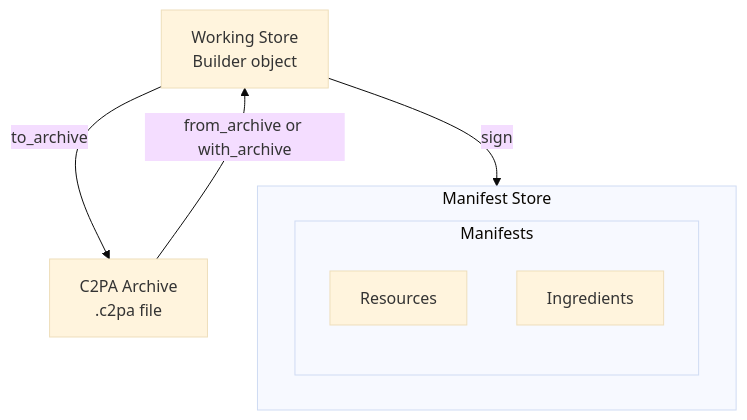
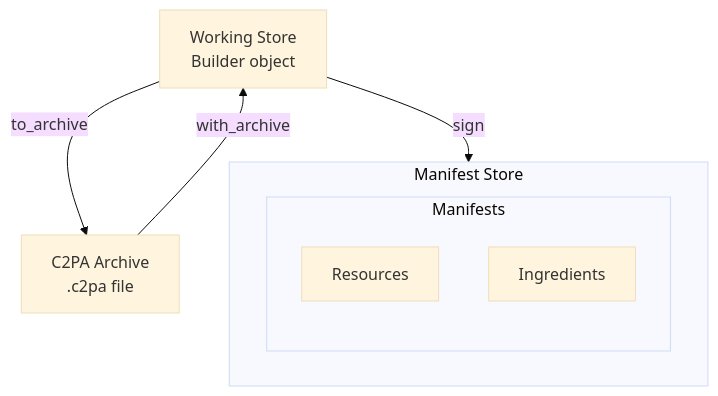
The first of 2 diagrams in docs/working-stores.md (contentauth/c2pa-python), drawn with Mermaid (base theme) before and after one commit. The commit also changed other lines of this file and 2 other files, not shown here.

````diff
--- a/docs/working-stores.md
+++ b/docs/working-stores.md
@@ -15,13 +15,13 @@
 ```mermaid
 graph TD
     subgraph MS["Manifest Store"]
         subgraph M1["Manifests"]
             R1[Resources]
             I1[Ingredients]
         end
     end
 
     A[Working Store<br/>Builder object] -->|sign| MS
     A -->|to_archive| C[C2PA Archive<br/>.c2pa file]
-    C -->|from_archive or with_archive| A
+    C -->|with_archive| A
 ```
````
